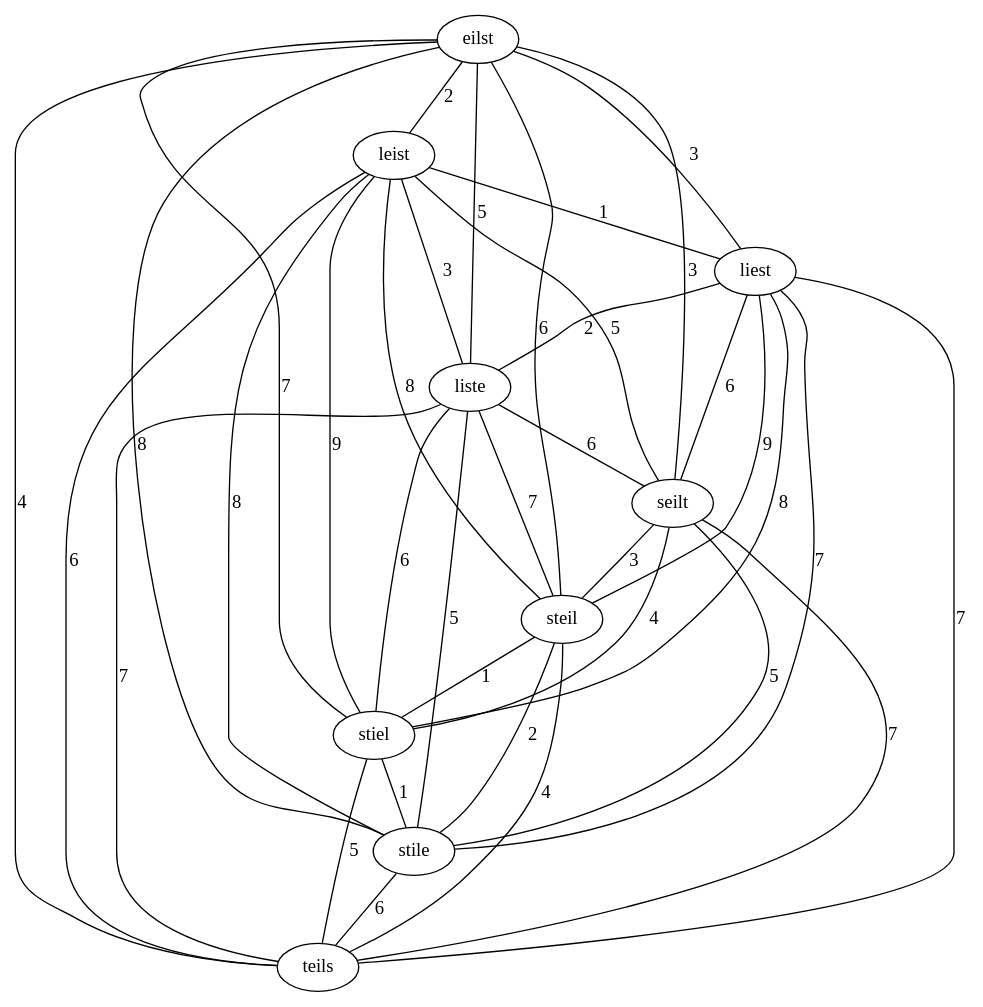
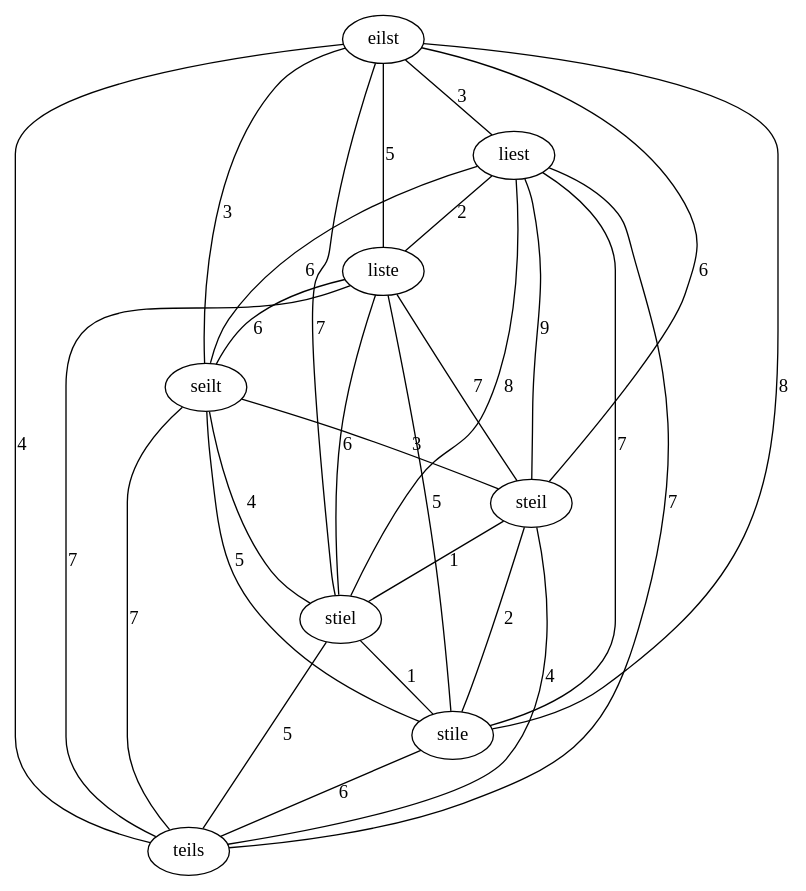
Before and after one commit to increpare/Galaktisches_Etymologieforschungsinstitut: the diagram in output/dot/DE_eilst.dot, drawn with Graphviz. The commit also changed 13 other files, not shown here.

```diff
--- a/output/dot/DE_eilst.dot
+++ b/output/dot/DE_eilst.dot
@@ -1,38 +1,30 @@
 graph {
-	eilst -- leist [ label="2" ];
 	eilst -- liest [ label="3" ];
 	eilst -- liste [ label="5" ];
 	eilst -- seilt [ label="3" ];
 	eilst -- steil [ label="6" ];
 	eilst -- stiel [ label="7" ];
 	eilst -- stile [ label="8" ];
 	eilst -- teils [ label="4" ];
-	leist -- liest [ label="1" ];
-	leist -- liste [ label="3" ];
-	leist -- seilt [ label="5" ];
-	leist -- steil [ label="8" ];
-	leist -- stiel [ label="9" ];
-	leist -- stile [ label="8" ];
-	leist -- teils [ label="6" ];
 	liest -- liste [ label="2" ];
 	liest -- seilt [ label="6" ];
 	liest -- steil [ label="9" ];
 	liest -- stiel [ label="8" ];
 	liest -- stile [ label="7" ];
 	liest -- teils [ label="7" ];
 	liste -- seilt [ label="6" ];
 	liste -- steil [ label="7" ];
 	liste -- stiel [ label="6" ];
 	liste -- stile [ label="5" ];
 	liste -- teils [ label="7" ];
 	seilt -- steil [ label="3" ];
 	seilt -- stiel [ label="4" ];
 	seilt -- stile [ label="5" ];
 	seilt -- teils [ label="7" ];
 	steil -- stiel [ label="1" ];
 	steil -- stile [ label="2" ];
 	steil -- teils [ label="4" ];
 	stiel -- stile [ label="1" ];
 	stiel -- teils [ label="5" ];
 	stile -- teils [ label="6" ];
 }
```
